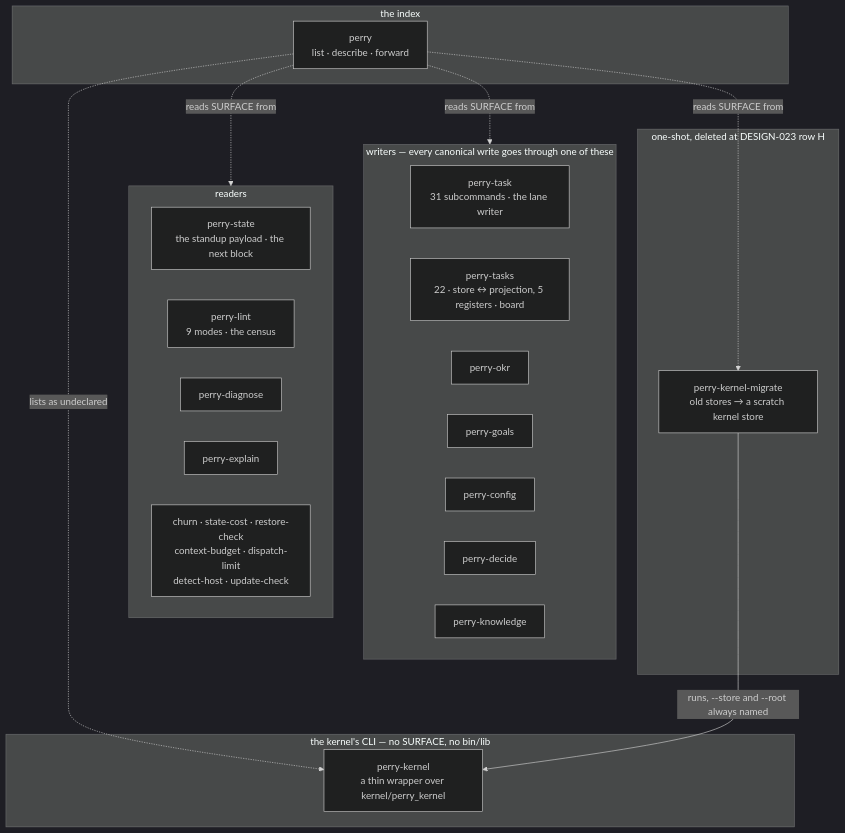
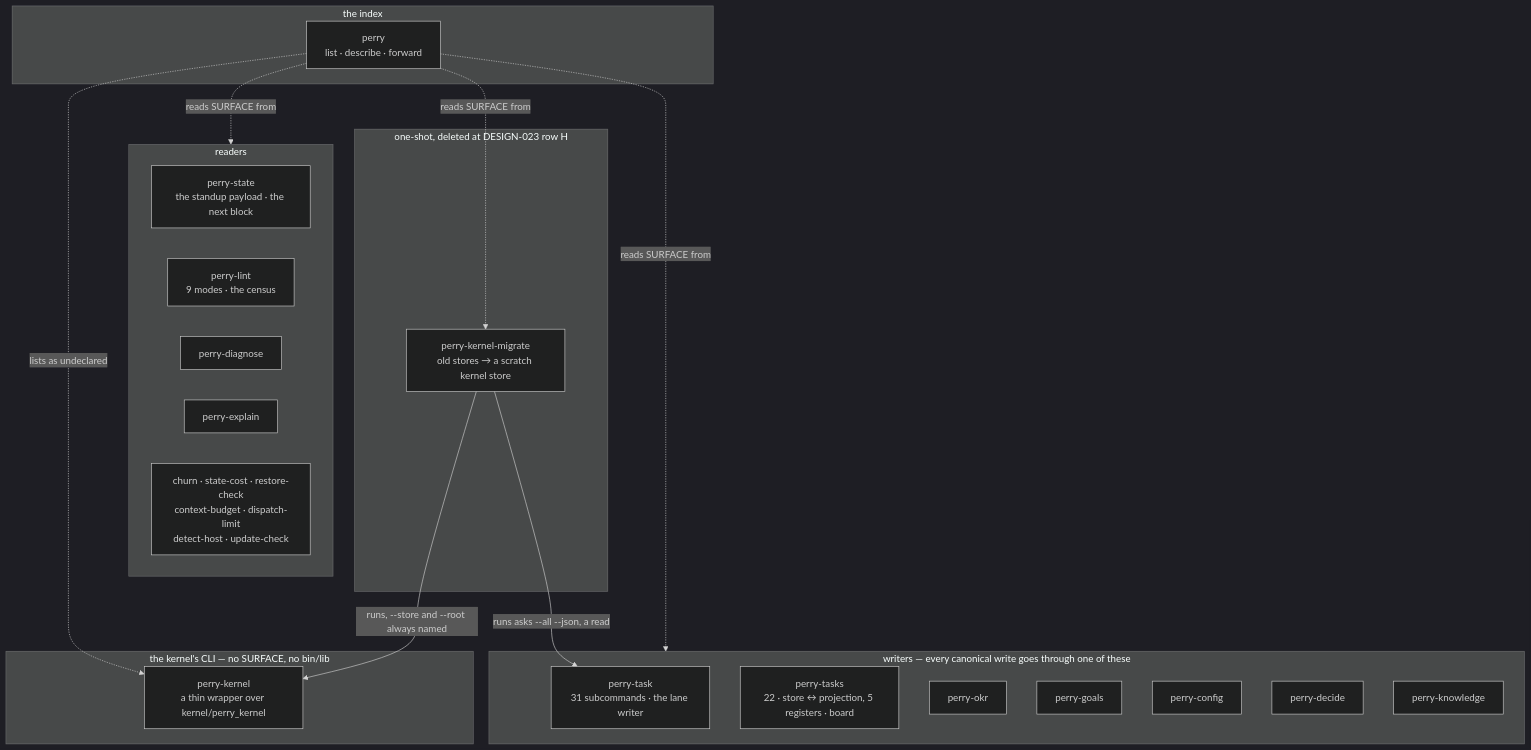
The first of 3 diagrams in bin/ARCHITECTURE.md (ranjiao/Perry), drawn with Mermaid (dark theme) before and after one commit. The commit also changed other lines of this file and 2 other files, not shown here.

First line of the commit message:
docs(kernel-migrate): TASK-489 round 4 — what the importer reads and runs (item 5)

````diff
--- a/bin/ARCHITECTURE.md
+++ b/bin/ARCHITECTURE.md
@@ -29,33 +29,34 @@
 ```mermaid
 flowchart TD
     subgraph write["writers — every canonical write goes through one of these"]
         Task["perry-task<br/>31 subcommands · the lane writer"]
         Tasks["perry-tasks<br/>22 · store ↔ projection, 5 registers · board"]
         Okr["perry-okr"]
         Goals["perry-goals"]
         Config["perry-config"]
         Decide["perry-decide"]
         Know["perry-knowledge"]
     end
     subgraph read["readers"]
         State["perry-state<br/>the standup payload · the next block"]
         Lint["perry-lint<br/>9 modes · the census"]
         Diag["perry-diagnose"]
         Explain["perry-explain"]
         Others["churn · state-cost · restore-check<br/>context-budget · dispatch-limit<br/>detect-host · update-check"]
     end
     subgraph index["the index"]
         Perry["perry<br/>list · describe · forward"]
     end
     subgraph kernelcli["the kernel's CLI — no SURFACE, no bin/lib"]
         Kernel["perry-kernel<br/>a thin wrapper over kernel/perry_kernel"]
     end
     subgraph migrate["one-shot, deleted at DESIGN-023 row H"]
         Migrate["perry-kernel-migrate<br/>old stores → a scratch kernel store"]
     end
     Perry -.reads SURFACE from.-> write
     Perry -.reads SURFACE from.-> read
     Perry -.reads SURFACE from.-> Migrate
     Perry -.lists as undeclared.-> Kernel
     Migrate -->|"runs, --store and --root always named"| Kernel
+    Migrate -->|"runs asks --all --json, a read"| Task
 ```
````
